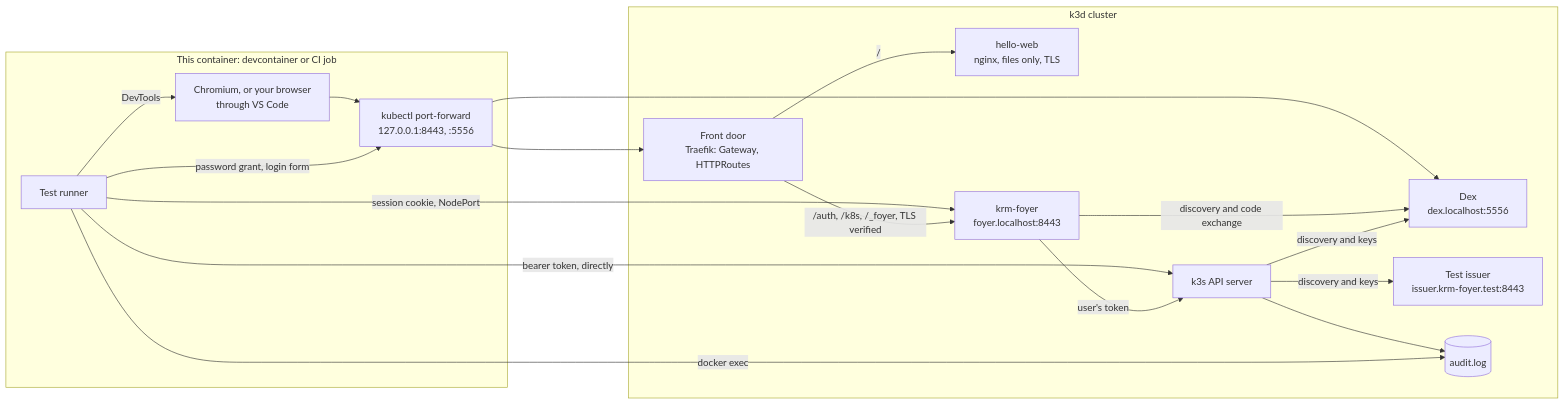
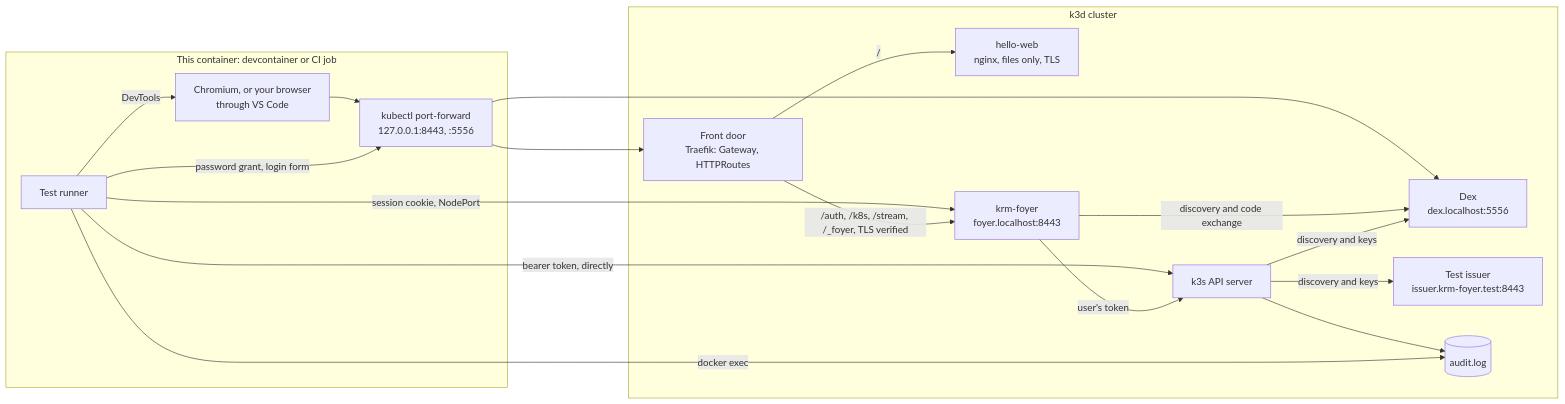
The diagram in docs/testing.md (ConfigButler/krm-foyer), drawn with Mermaid before and after one commit. The commit also changed other lines of this file and 20 other files, not shown here.

````diff
--- a/docs/testing.md
+++ b/docs/testing.md
@@ -298,32 +306,32 @@
 ```mermaid
 flowchart LR
     subgraph C[This container: devcontainer or CI job]
       T[Test runner]
       B[Chromium, or your browser<br/>through VS Code]
       PF[kubectl port-forward<br/>127.0.0.1:8443, :5556]
     end
     subgraph K3S[k3d cluster]
       K[k3s API server]
       D[Dex<br/>dex.localhost:5556]
       I[Test issuer<br/>issuer.krm-foyer.test:8443]
       FD[Front door<br/>Traefik: Gateway, HTTPRoutes]
       W[hello-web<br/>nginx, files only, TLS]
       F[krm-foyer<br/>foyer.localhost:8443]
       A[(audit.log)]
     end
     B --> PF
     T -->|password grant, login form| PF
     PF --> D
     PF --> FD
     T -->|DevTools| B
     T -->|bearer token, directly| K
     T -->|session cookie, NodePort| F
     FD -->|/| W
-    FD -->|/auth, /k8s, /_foyer, TLS verified| F
+    FD -->|/auth, /k8s, /stream, /_foyer, TLS verified| F
     F -->|user's token| K
     F -->|discovery and code exchange| D
     K -->|discovery and keys| D
     K -->|discovery and keys| I
     K --> A
     T -->|docker exec| A
 ```
````
